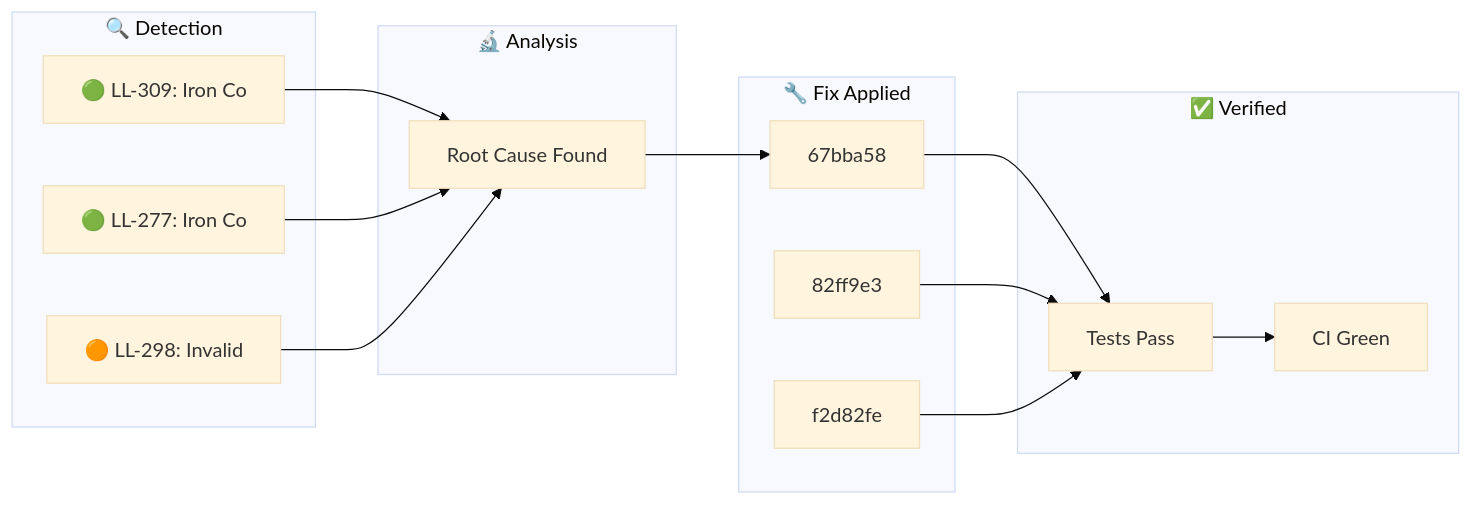
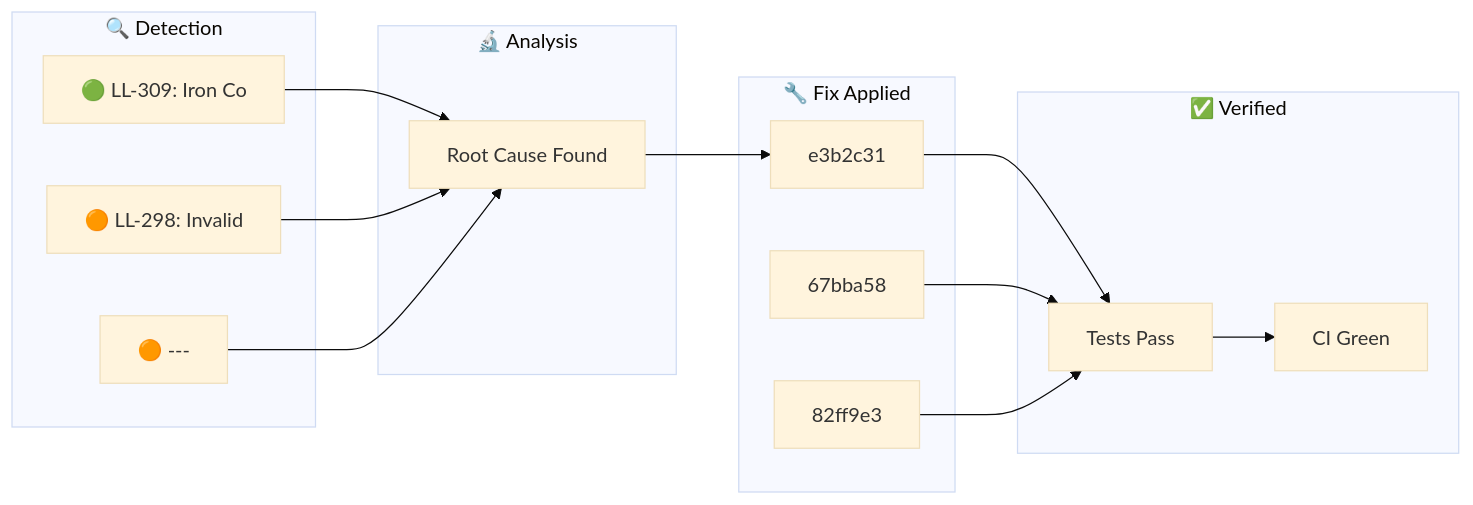
Before and after one commit to YoByron/trading: the diagram in docs/_posts/2026-01-27-ralph-discovery.md, drawn with Mermaid (base theme). The commit also changed other lines of this file, not shown here.

````diff
--- a/docs/_posts/2026-01-27-ralph-discovery.md
+++ b/docs/_posts/2026-01-27-ralph-discovery.md
@@ -17,28 +17,28 @@
 ```mermaid
 flowchart LR
     subgraph Detection["🔍 Detection"]
         D1["🟢 LL-309: Iron Co"]
-        D2["🟢 LL-277: Iron Co"]
-        D3["🟠 LL-298: Invalid"]
+        D2["🟠 LL-298: Invalid"]
+        D3["🟠 ---"]
     end
     subgraph Analysis["🔬 Analysis"]
         A1["Root Cause Found"]
     end
     subgraph Fix["🔧 Fix Applied"]
-        F1["67bba58"]
-        F2["82ff9e3"]
-        F3["f2d82fe"]
+        F1["e3b2c31"]
+        F2["67bba58"]
+        F3["82ff9e3"]
     end
     subgraph Verify["✅ Verified"]
         V1["Tests Pass"]
         V2["CI Green"]
     end
     D1 --> A1
     D2 --> A1
     D3 --> A1
     A1 --> F1
     F1 --> V1
     F2 --> V1
     F3 --> V1
     V1 --> V2
 ```
````
